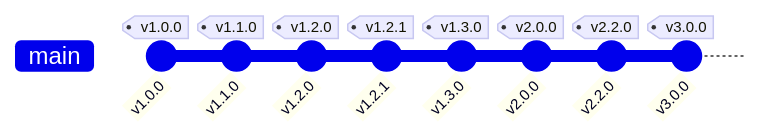
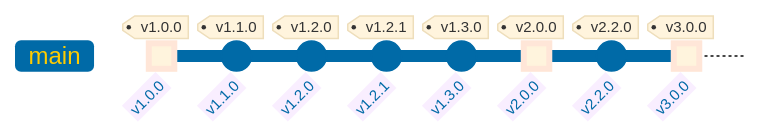
Before and after one commit to TomsTech/spotify-genre-sorter: the third of 3 diagrams in README.md, drawn with Mermaid. The commit also changed other lines of this file, not shown here.

````diff
--- a/README.md
+++ b/README.md
@@ -361,11 +418,12 @@
 ```mermaid
+%%{init: {'theme': 'base', 'themeVariables': { 'git0': '#006AA7', 'git1': '#FECC00', 'gitBranchLabel0': '#FECC00', 'commitLabelColor': '#006AA7'}}}%%
 gitGraph
-   commit id: "v1.0.0" tag: "v1.0.0"
+   commit id: "v1.0.0" tag: "v1.0.0" type: HIGHLIGHT
    commit id: "v1.1.0" tag: "v1.1.0"
    commit id: "v1.2.0" tag: "v1.2.0"
    commit id: "v1.2.1" tag: "v1.2.1"
    commit id: "v1.3.0" tag: "v1.3.0"
-   commit id: "v2.0.0" tag: "v2.0.0"
+   commit id: "v2.0.0" tag: "v2.0.0" type: HIGHLIGHT
    commit id: "v2.2.0" tag: "v2.2.0"
-   commit id: "v3.0.0" tag: "v3.0.0"
+   commit id: "v3.0.0" tag: "v3.0.0" type: HIGHLIGHT
 ```
````
